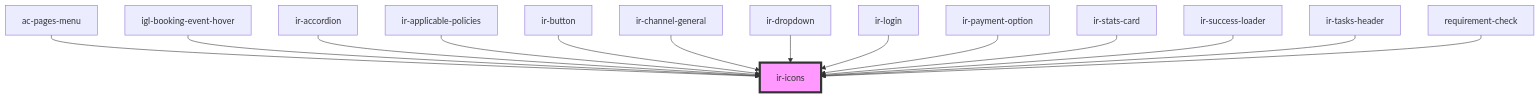
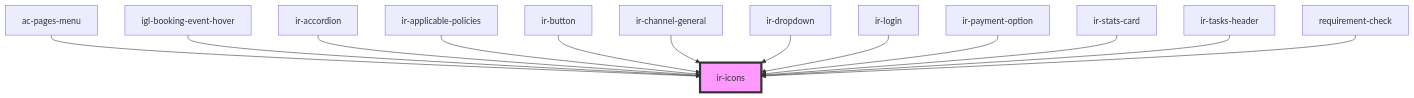
The diagram in src/components/ui/ir-icons/readme.md (RonyRizk/ir-webcmp), drawn with Mermaid before and after one commit. The commit also changed other lines of this file and 235 other files, not shown here.

````diff
--- a/src/components/ui/ir-icons/readme.md
+++ b/src/components/ui/ir-icons/readme.md
@@ -34,17 +33,16 @@
 ```mermaid
 graph TD;
   ac-pages-menu --> ir-icons
   igl-booking-event-hover --> ir-icons
   ir-accordion --> ir-icons
   ir-applicable-policies --> ir-icons
   ir-button --> ir-icons
   ir-channel-general --> ir-icons
   ir-dropdown --> ir-icons
   ir-login --> ir-icons
   ir-payment-option --> ir-icons
   ir-stats-card --> ir-icons
-  ir-success-loader --> ir-icons
   ir-tasks-header --> ir-icons
   requirement-check --> ir-icons
   style ir-icons fill:#f9f,stroke:#333,stroke-width:4px
 ```
````
